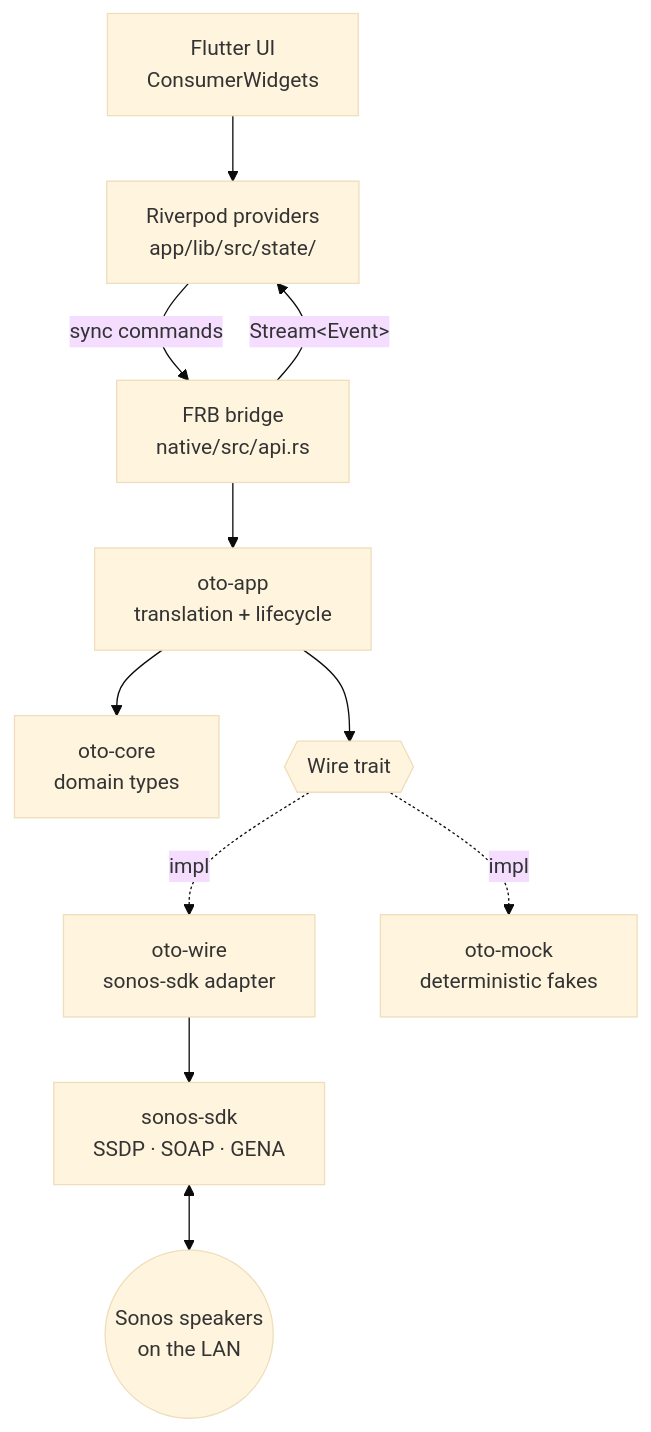
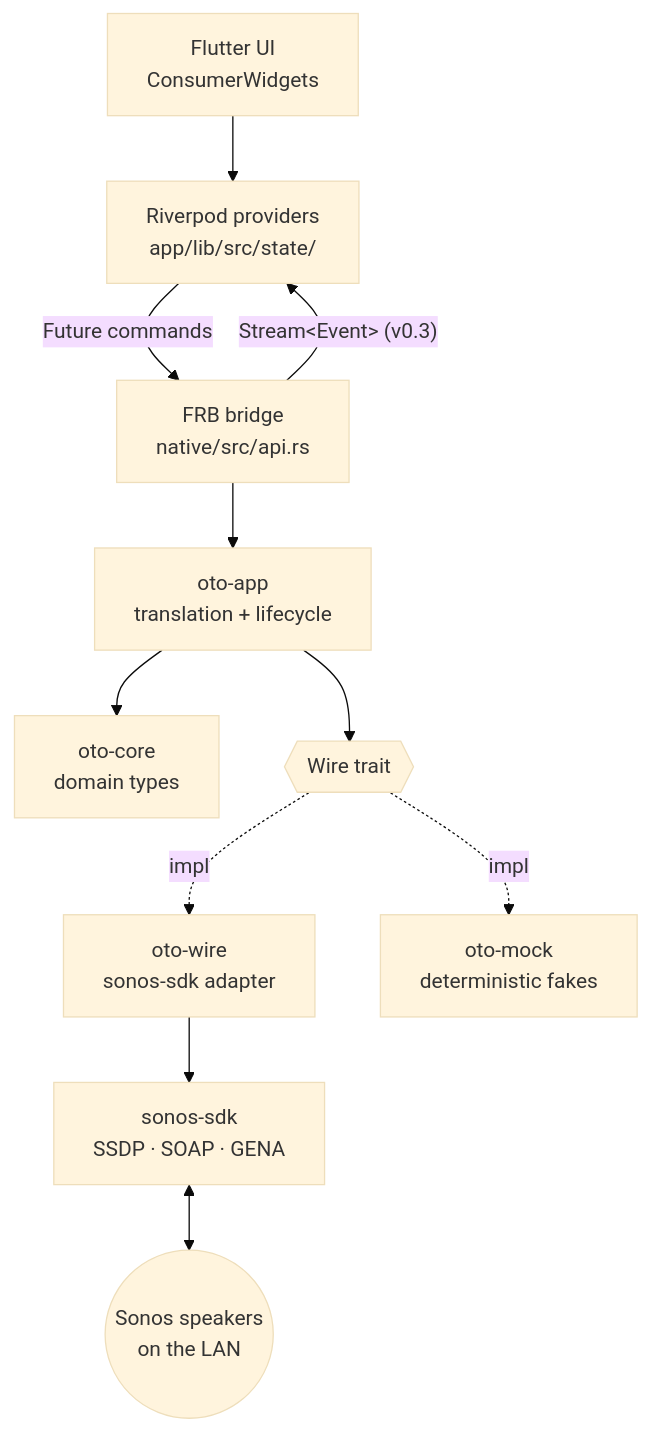
Before and after one commit to Oszkar/oto: the first of 2 diagrams in docs/ARCHITECTURE.md, drawn with Mermaid (base theme). The commit also changed other lines of this file and 25 other files, not shown here.

````diff
--- a/docs/ARCHITECTURE.md
+++ b/docs/ARCHITECTURE.md
@@ -23,24 +24,24 @@
 ```mermaid
 flowchart TD
     UI["Flutter UI<br/>ConsumerWidgets"]
     RP["Riverpod providers<br/>app/lib/src/state/"]
     FRB["FRB bridge<br/>native/src/api.rs"]
     APP["oto-app<br/>translation + lifecycle"]
     CORE["oto-core<br/>domain types"]
     WIRE{{"Wire trait"}}
     WIREIMPL["oto-wire<br/>sonos-sdk adapter"]
     MOCK["oto-mock<br/>deterministic fakes"]
     SDK["sonos-sdk<br/>SSDP · SOAP · GENA"]
     NET(("Sonos speakers<br/>on the LAN"))
 
     UI --> RP
-    RP -->|sync commands| FRB
-    FRB -->|"Stream&lt;Event&gt;"| RP
+    RP -->|"Future commands"| FRB
+    FRB -->|"Stream&lt;Event&gt; (v0.3)"| RP
     FRB --> APP
     APP --> CORE
     APP --> WIRE
     WIRE -.impl.-> WIREIMPL
     WIRE -.impl.-> MOCK
     WIREIMPL --> SDK
     SDK <--> NET
 ```
````
